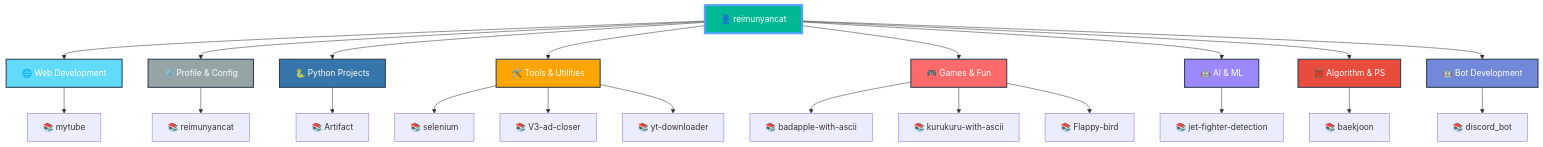
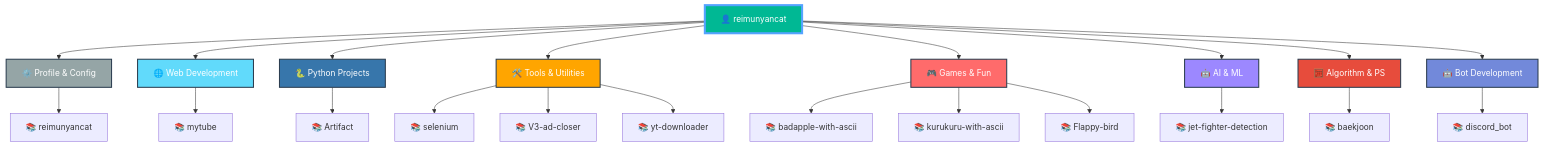
The diagram in README.md (reimunyancat/reimunyancat), drawn with Mermaid before and after one commit.

Commit message:
🤖 Auto-update README with latest repositories

````diff
--- a/README.md
+++ b/README.md
@@ -159,42 +159,42 @@
 ```mermaid
 graph TD
   A[👤 reimunyancat]
 
-  A --> CAT0[🌐 Web Development]
-  CAT0 --> CAT0_0[📚 mytube]
+  A --> CAT0[⚙️ Profile & Config]
+  CAT0 --> CAT0_0[📚 reimunyancat]
 
-  A --> CAT1[⚙️ Profile & Config]
-  CAT1 --> CAT1_0[📚 reimunyancat]
+  A --> CAT1[🌐 Web Development]
+  CAT1 --> CAT1_0[📚 mytube]
 
   A --> CAT2[🐍 Python Projects]
   CAT2 --> CAT2_0[📚 Artifact]
 
   A --> CAT3[🛠️ Tools & Utilities]
   CAT3 --> CAT3_0[📚 selenium]
   CAT3 --> CAT3_1[📚 V3-ad-closer]
   CAT3 --> CAT3_2[📚 yt-downloader]
 
   A --> CAT4[🎮 Games & Fun]
   CAT4 --> CAT4_0[📚 badapple-with-ascii]
   CAT4 --> CAT4_1[📚 kurukuru-with-ascii]
   CAT4 --> CAT4_2[📚 Flappy-bird]
 
   A --> CAT5[🤖 AI & ML]
   CAT5 --> CAT5_0[📚 jet-fighter-detection]
 
   A --> CAT6[🧮 Algorithm & PS]
   CAT6 --> CAT6_0[📚 baekjoon]
 
   A --> CAT7[🤖 Bot Development]
   CAT7 --> CAT7_0[📚 discord_bot]
 
   style A fill:#00b894,stroke:#55a3ff,stroke-width:4px,color:#fff
-  style CAT0 fill:#61dafb,stroke:#2c3e50,stroke-width:2px,color:#fff
-  style CAT1 fill:#95a5a6,stroke:#2c3e50,stroke-width:2px,color:#fff
+  style CAT0 fill:#95a5a6,stroke:#2c3e50,stroke-width:2px,color:#fff
+  style CAT1 fill:#61dafb,stroke:#2c3e50,stroke-width:2px,color:#fff
   style CAT2 fill:#3776ab,stroke:#2c3e50,stroke-width:2px,color:#fff
   style CAT3 fill:#ffa500,stroke:#2c3e50,stroke-width:2px,color:#fff
   style CAT4 fill:#ff6b6b,stroke:#2c3e50,stroke-width:2px,color:#fff
   style CAT5 fill:#9c88ff,stroke:#2c3e50,stroke-width:2px,color:#fff
   style CAT6 fill:#e74c3c,stroke:#2c3e50,stroke-width:2px,color:#fff
   style CAT7 fill:#7289da,stroke:#2c3e50,stroke-width:2px,color:#fff
 ```
````
